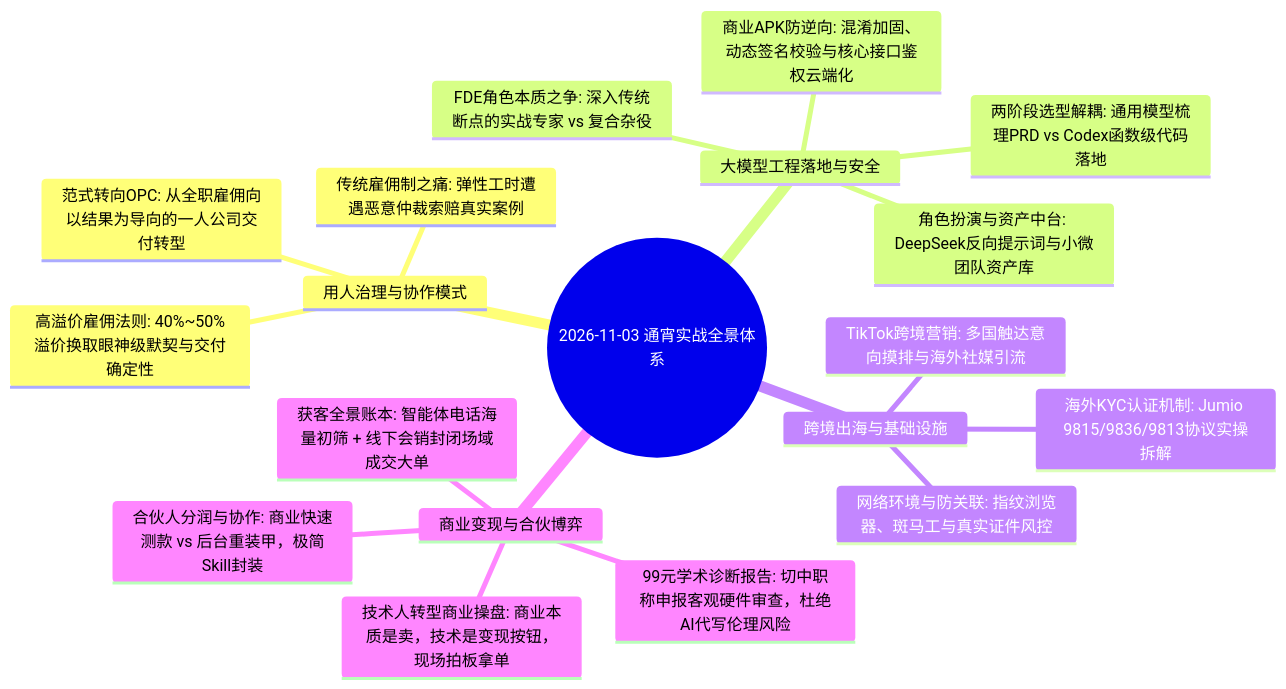
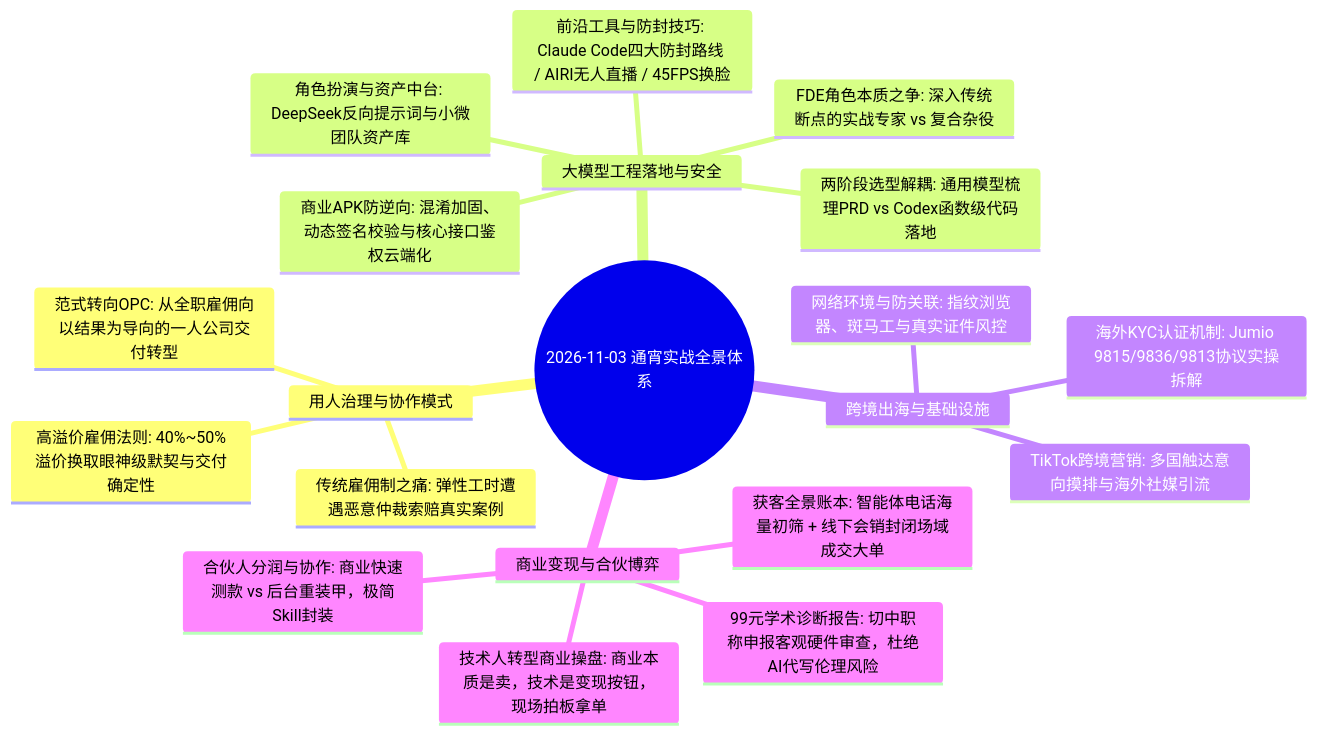
The first of 14 diagrams in content/live-20261103-01.md (dollarser/knowledge), drawn with Mermaid before and after one commit. The commit also changed other lines of this file and 1 other file, not shown here.

````diff
--- a/content/live-20261103-01.md
+++ b/content/live-20261103-01.md
@@ -5,22 +5,23 @@
 ```mermaid
 mindmap
   root((2026-11-03 通宵实战全景体系))
     用人治理与协作模式
       高溢价雇佣法则: 40%~50%溢价换取眼神级默契与交付确定性
       传统雇佣制之痛: 弹性工时遭遇恶意仲裁索赔真实案例
       范式转向OPC: 从全职雇佣向以结果为导向的一人公司交付转型
     大模型工程落地与安全
       两阶段选型解耦: 通用模型梳理PRD vs Codex函数级代码落地
       FDE角色本质之争: 深入传统断点的实战专家 vs 复合杂役
       角色扮演与资产中台: DeepSeek反向提示词与小微团队资产库
+      前沿工具与防封技巧: Claude Code四大防封路线 / AIRI无人直播 / 45FPS换脸
       商业APK防逆向: 混淆加固、动态签名校验与核心接口鉴权云端化
     跨境出海与基础设施
       海外KYC认证机制: Jumio 9815/9836/9813协议实操拆解
       网络环境与防关联: 指纹浏览器、斑马工与真实证件风控
       TikTok跨境营销: 多国触达意向摸排与海外社媒引流
     商业变现与合伙博弈
       99元学术诊断报告: 切中职称申报客观硬件审查，杜绝AI代写伦理风险
       技术人转型商业操盘: 商业本质是卖，技术是变现按钮，现场拍板拿单
       合伙人分润与协作: 商业快速测款 vs 后台重装甲，极简Skill封装
       获客全景账本: 智能体电话海量初筛 + 线下会销封闭场域成交大单
 ```
````
